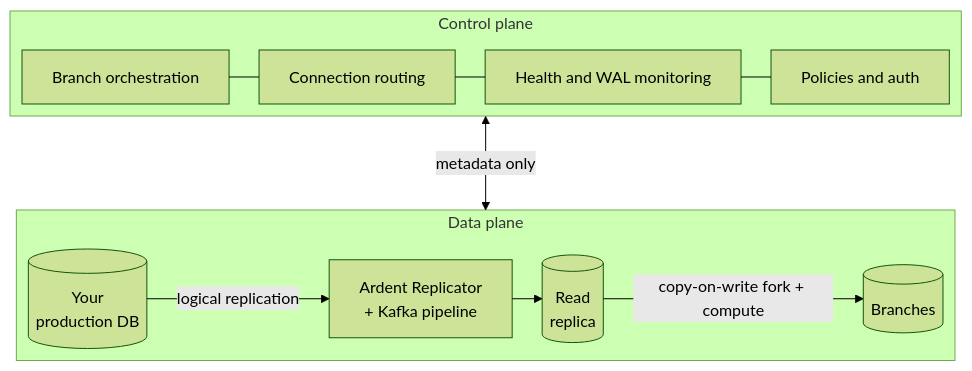
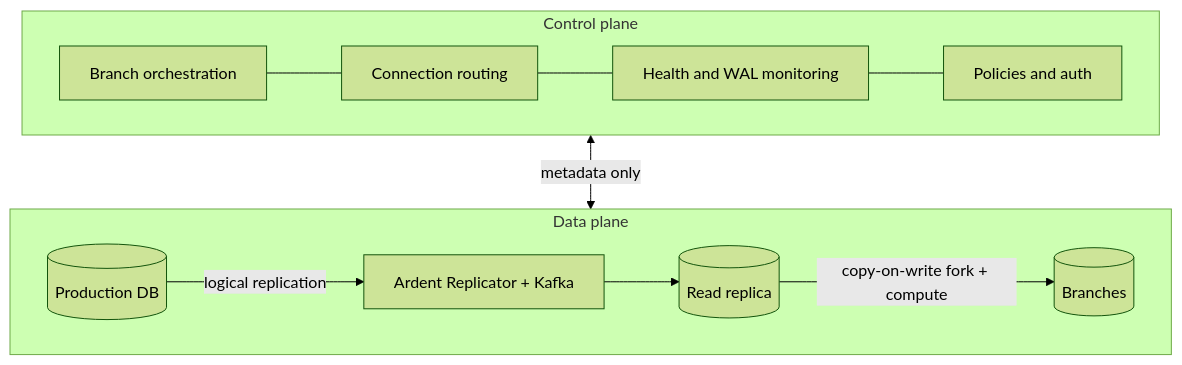
One commit to ArdentAILabs/docs changed the diagram in architecture.mdx. Above: the diagram before and after it, drawn with Mermaid (forest theme). The commit also changed other lines of this file, not shown here.

Commit message:
docs(architecture): restore Mermaid render; drop 'what each layer' section
Made-with: Cursor

````diff
--- a/architecture.mdx
+++ b/architecture.mdx
@@ -15,15 +15,14 @@
-```mermaid actions={false}
-%%{init: {'flowchart': {'defaultRenderer': 'elk'}}}%%
+```mermaid
 flowchart TB
     subgraph CP["Control plane"]
         direction LR
         ORCH["Branch orchestration"] --- ROUTE["Connection routing"] --- HEALTH["Health and WAL monitoring"] --- POL["Policies and auth"]
     end
     subgraph DP["Data plane"]
         direction LR
-        PROD[("Your<br/>production DB")] -->|logical replication| AR["Ardent Replicator<br/>+ Kafka pipeline"]
-        AR --> REP[("Read<br/>replica")]
+        PROD[("Production DB")] -->|logical replication| AR["Ardent Replicator + Kafka"]
+        AR --> REP[("Read replica")]
         REP -->|copy-on-write fork + compute| BR[("Branches")]
     end
     CP <-->|metadata only| DP
 ```
````
